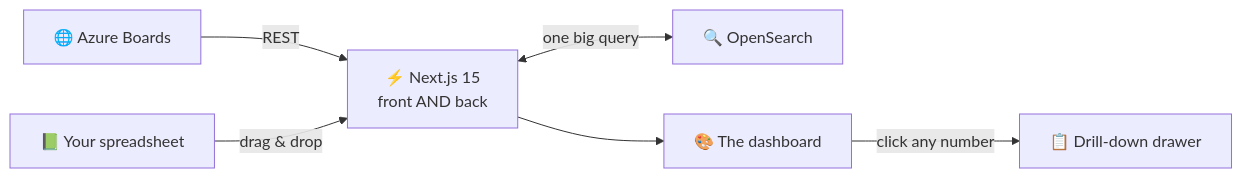
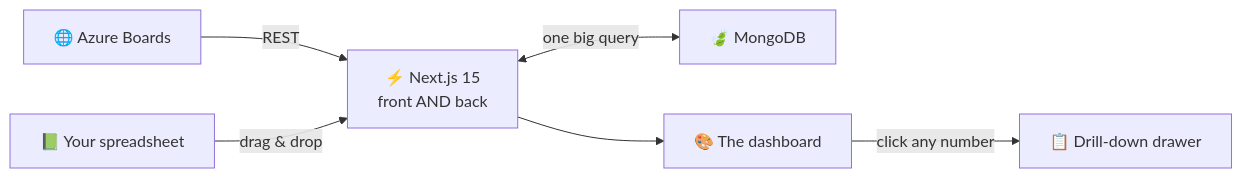
The first of 3 diagrams in README.md (vikrant111/tracker-dashboard), drawn with Mermaid before and after one commit. The commit also changed other lines of this file and 61 other files, not shown here.

````diff
--- a/README.md
+++ b/README.md
@@ -52,8 +52,8 @@
 ```mermaid
 graph LR
     A["🌐 Azure Boards"] -->|REST| N
     B["📗 Your spreadsheet"] -->|drag & drop| N
-    N["⚡ Next.js 15<br/>front AND back"] <-->|one big query| O["🔍 OpenSearch"]
+    N["⚡ Next.js 15<br/>front AND back"] <-->|one big query| O["🍃 MongoDB"]
     N --> U["🎨 The dashboard"]
     U -->|click any number| D["📋 Drill-down drawer"]
 ```
````
